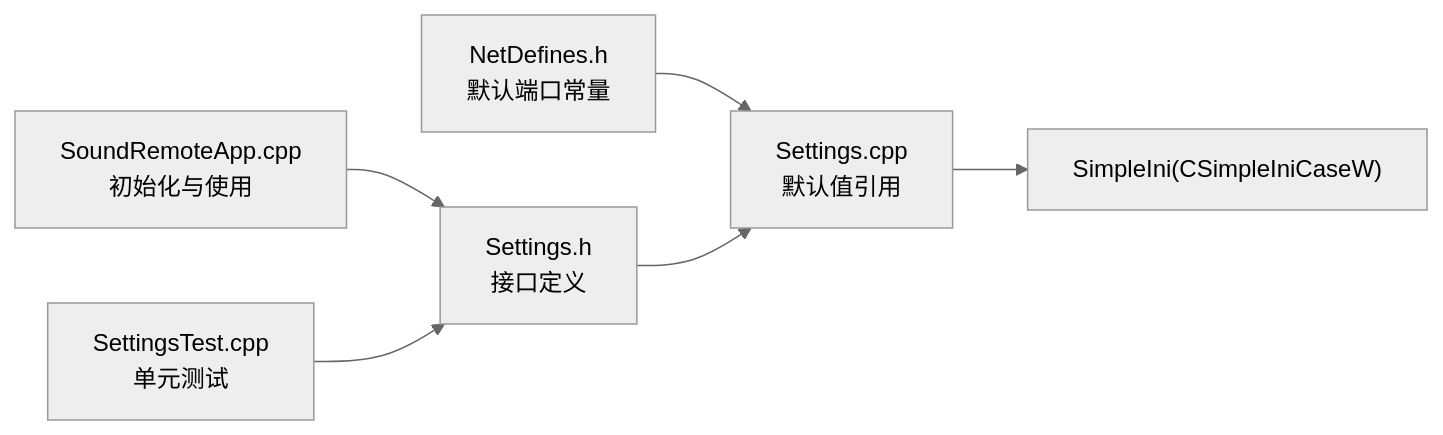
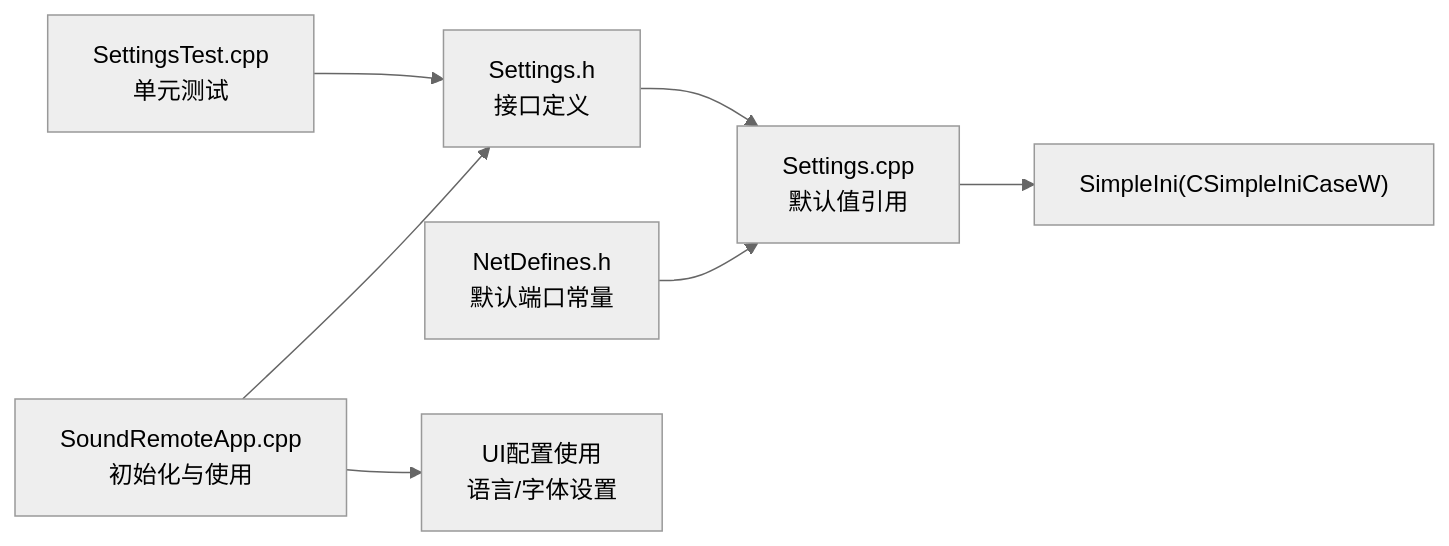
Before and after one commit to tea4go/SoundRemote-WinServer: the seventh of 7 diagrams in .qoder/repowiki/zh/content/配置管理.md, drawn with Mermaid (neutral theme). The commit also changed other lines of this file and 11 other files, not shown here.

````diff
--- a/.qoder/repowiki/zh/content/配置管理.md
+++ b/.qoder/repowiki/zh/content/配置管理.md
@@ -292,8 +355,9 @@
 ```mermaid
 graph LR
 NetDefs["NetDefines.h<br/>默认端口常量"] --> SettingsCpp["Settings.cpp<br/>默认值引用"]
 SettingsH["Settings.h<br/>接口定义"] --> SettingsCpp
 SettingsCpp --> SimpleIni["SimpleIni(CSimpleIniCaseW)"]
 AppCpp["SoundRemoteApp.cpp<br/>初始化与使用"] --> SettingsH
+AppCpp --> UIConfig["UI配置使用<br/>语言/字体设置"]
 Tests["SettingsTest.cpp<br/>单元测试"] --> SettingsH
 ```
````
